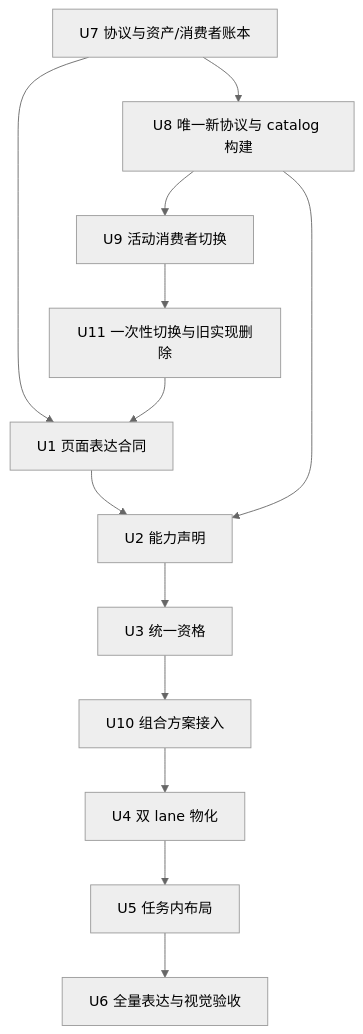
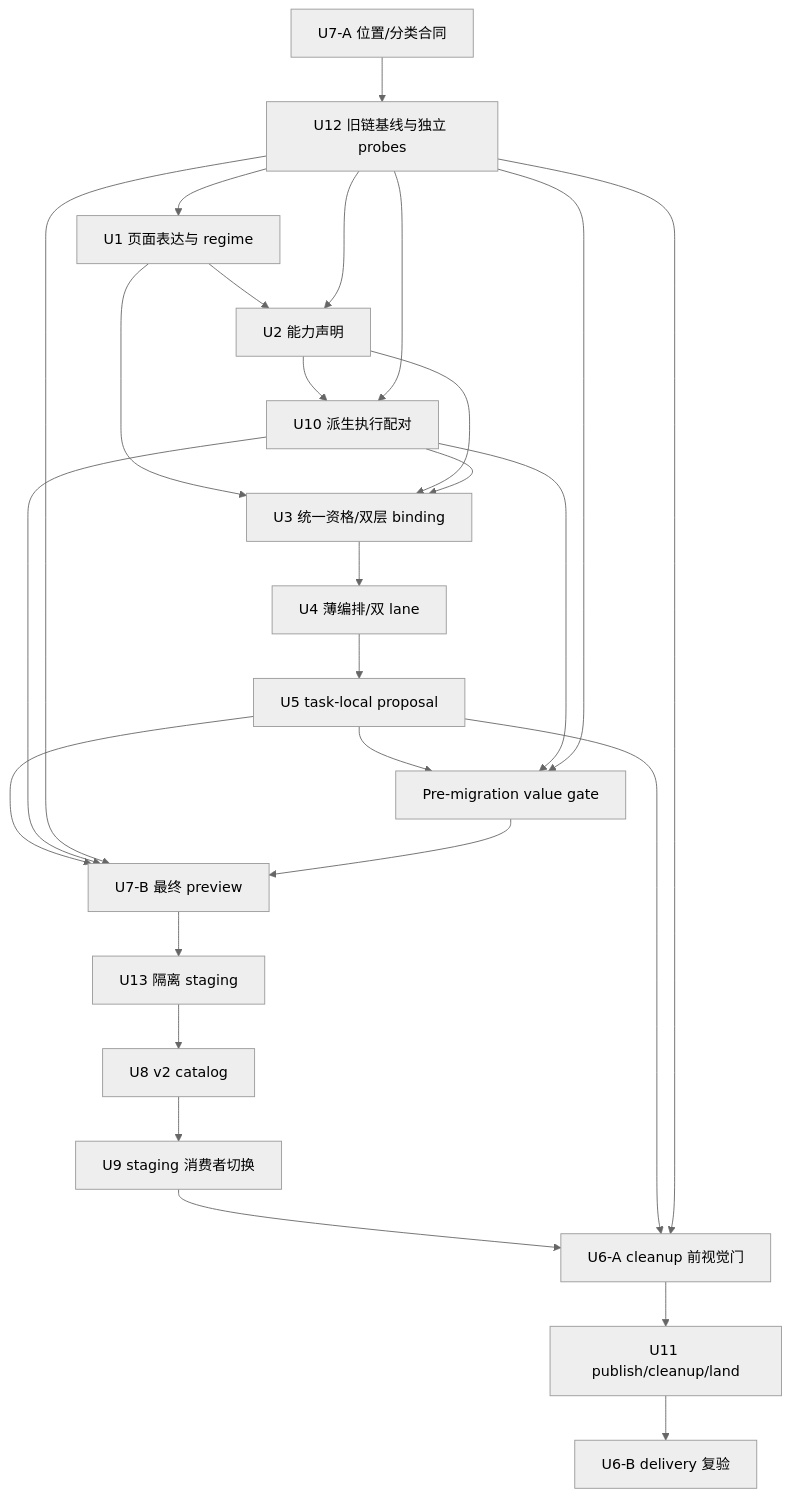
One commit to leo-kuang-ai/leo-skills changed the fifth of 5 diagrams in docs/plans/2026-09-11-004-feat-leo-ppt-expression-first-plan.md. Above: the diagram before and after it, drawn with Mermaid (neutral theme). The commit also changed other lines of this file and 43 other files, not shown here.

````diff
--- a/docs/plans/2026-09-11-004-feat-leo-ppt-expression-first-plan.md
+++ b/docs/plans/2026-09-11-004-feat-leo-ppt-expression-first-plan.md
@@ -367,15 +465,29 @@
 ```mermaid
 flowchart TB
-  U7[U7 协议与资产/消费者账本] --> U8[U8 唯一新协议与 catalog 构建]
-  U8 --> U9[U9 活动消费者切换]
-  U9 --> U11[U11 一次性切换与旧实现删除]
-  U7 --> U1[U1 页面表达合同]
-  U11 --> U1
+  U7A[U7-A 位置/分类合同] --> U12[U12 旧链基线与独立 probes]
+  U12 --> U1[U1 页面表达与 regime]
   U1 --> U2[U2 能力声明]
-  U8 --> U2
-  U2 --> U3[U3 统一资格]
-  U3 --> U10[U10 组合方案接入]
-  U10 --> U4[U4 双 lane 物化]
-  U4 --> U5[U5 任务内布局]
-  U5 --> U6[U6 全量表达与视觉验收]
+  U12 --> U2
+  U2 --> U10[U10 派生执行配对]
+  U12 --> U10
+  U1 --> U3[U3 统一资格/双层 binding]
+  U2 --> U3
+  U10 --> U3
+  U3 --> U4[U4 薄编排/双 lane]
+  U4 --> U5[U5 task-local proposal]
+  U5 --> U7B[U7-B 最终 preview]
+  U10 --> U7B
+  U12 --> U7B
+  U5 --> PV[Pre-migration value gate]
+  U10 --> PV
+  U12 --> PV
+  PV --> U7B
+  U7B --> U13[U13 隔离 staging]
+  U13 --> U8[U8 v2 catalog]
+  U8 --> U9[U9 staging 消费者切换]
+  U9 --> U6A[U6-A cleanup 前视觉门]
+  U5 --> U6A
+  U12 --> U6A
+  U6A --> U11[U11 publish/cleanup/land]
+  U11 --> U6B[U6-B delivery 复验]
 ```
````
